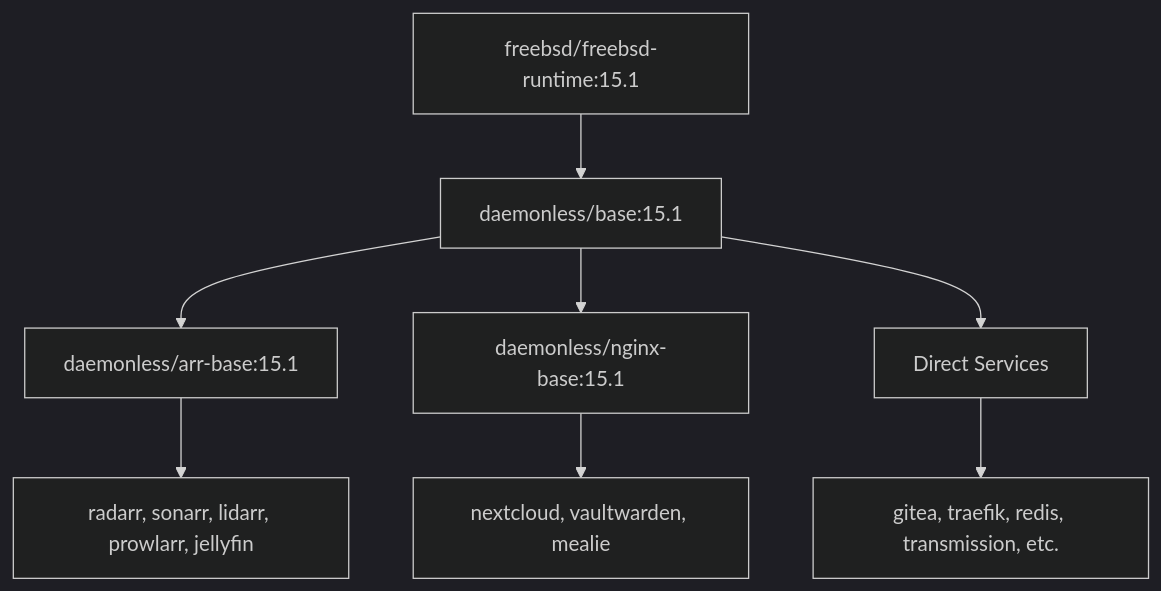
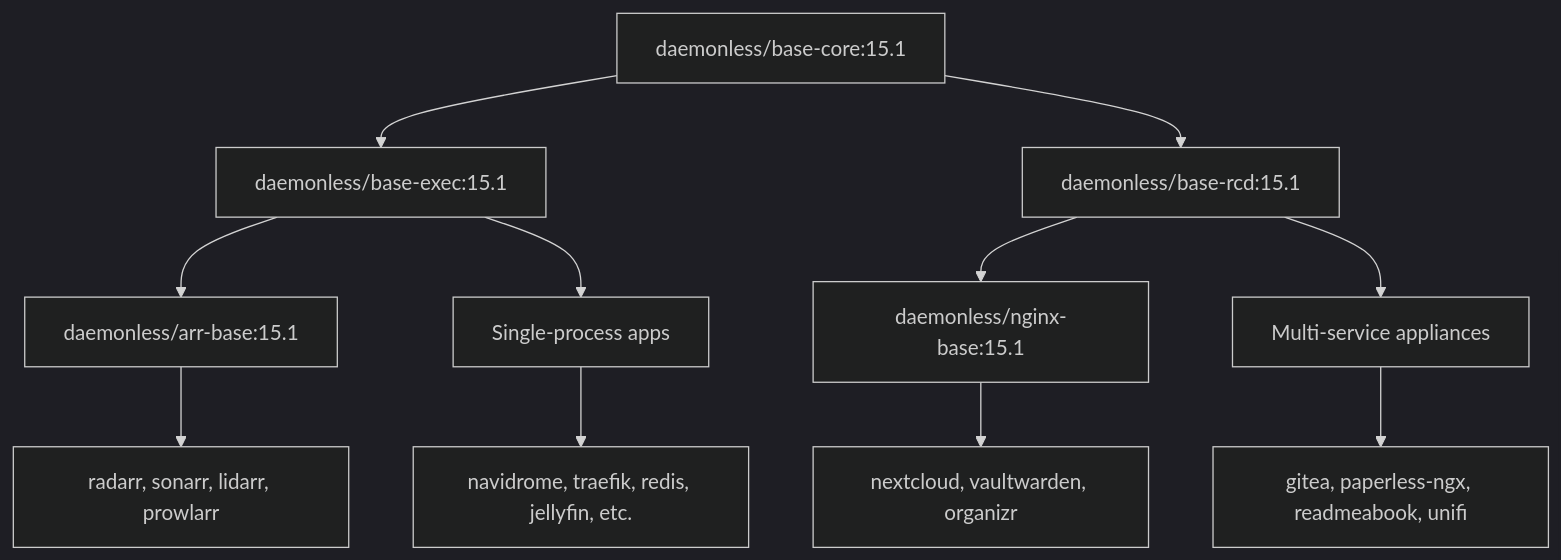
One commit to daemonless/daemonless-io changed the diagram in docs/guides/development.md. Above: the diagram before and after it, drawn with Mermaid (dark theme). The commit also changed other lines of this file and 11 other files, not shown here.

Commit message:
docs: describe base-exec and base-rcd instead of s6 (#15)

````diff
--- a/docs/guides/development.md
+++ b/docs/guides/development.md
@@ -14,10 +14,13 @@
 ```mermaid
 graph TD
-    A[freebsd/freebsd-runtime:15.1] --> B[daemonless/base:15.1]
+    A[daemonless/base-core:15.1] --> B[daemonless/base-exec:15.1]
+    A --> R[daemonless/base-rcd:15.1]
     B --> C[daemonless/arr-base:15.1]
-    B --> D[daemonless/nginx-base:15.1]
-    B --> E[Direct Services]
-    C --> F[radarr, sonarr, lidarr, prowlarr, jellyfin]
-    D --> G[nextcloud, vaultwarden, mealie]
-    E --> H[gitea, traefik, redis, transmission, etc.]
+    B --> E[Single-process apps]
+    R --> D[daemonless/nginx-base:15.1]
+    R --> M[Multi-service appliances]
+    C --> F[radarr, sonarr, lidarr, prowlarr]
+    D --> G[nextcloud, vaultwarden, organizr]
+    E --> H[navidrome, traefik, redis, jellyfin, etc.]
+    M --> N[gitea, paperless-ngx, readmeabook, unifi]
 ```
````
